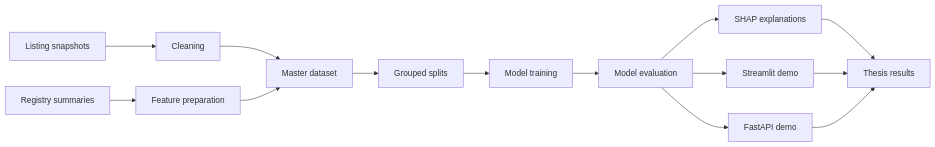
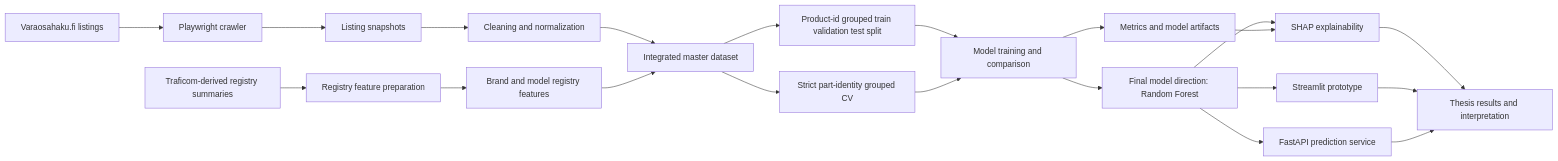
The first of 3 diagrams in docs/ARCHITECTURE.md (Riteshbhandarii/DPPM), drawn with Mermaid before and after one commit. The commit also changed other lines of this file, not shown here.

Commit message:
docs: add architecture documentation

````diff
--- a/docs/ARCHITECTURE.md
+++ b/docs/ARCHITECTURE.md
@@ -5,16 +9,32 @@
 ```mermaid
 flowchart LR
-    A[Listing snapshots] --> B[Cleaning]
-    C[Registry summaries] --> D[Feature preparation]
-    B --> E[Master dataset]
-    D --> E
-    E --> F[Grouped splits]
-    F --> G[Model training]
-    G --> H[Model evaluation]
-    H --> I[SHAP explanations]
-    H --> J[Streamlit demo]
-    H --> K[FastAPI demo]
-    I --> L[Thesis results]
-    J --> L
-    K --> L
+    A[Varaosahaku.fi listings] --> B[Playwright crawler]
+    B --> C[Listing snapshots]
+
+    D[Traficom-derived registry summaries] --> E[Registry feature preparation]
+
+    C --> F[Cleaning and normalization]
+    E --> G[Brand and model registry features]
+
+    F --> H[Integrated master dataset]
+    G --> H
+
+    H --> I[Product-id grouped train validation test split]
+    H --> J[Strict part-identity grouped CV]
+
+    I --> K[Model training and comparison]
+    J --> K
+
+    K --> L[Final model direction: Random Forest]
+    K --> M[Metrics and model artifacts]
+
+    L --> N[SHAP explainability]
+    M --> N
+
+    L --> O[Streamlit prototype]
+    L --> P[FastAPI prediction service]
+
+    N --> Q[Thesis results and interpretation]
+    O --> Q
+    P --> Q
 ```
````
